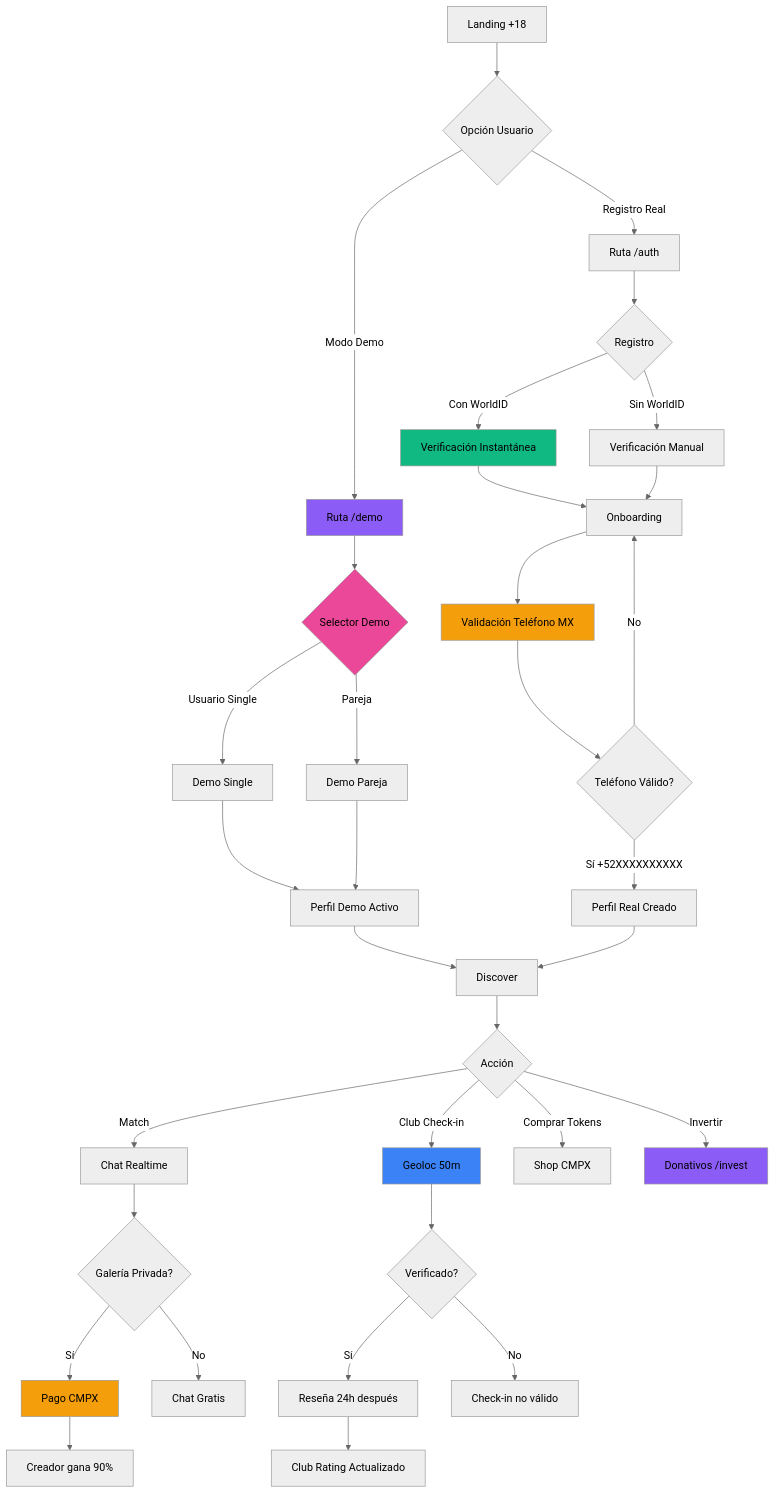
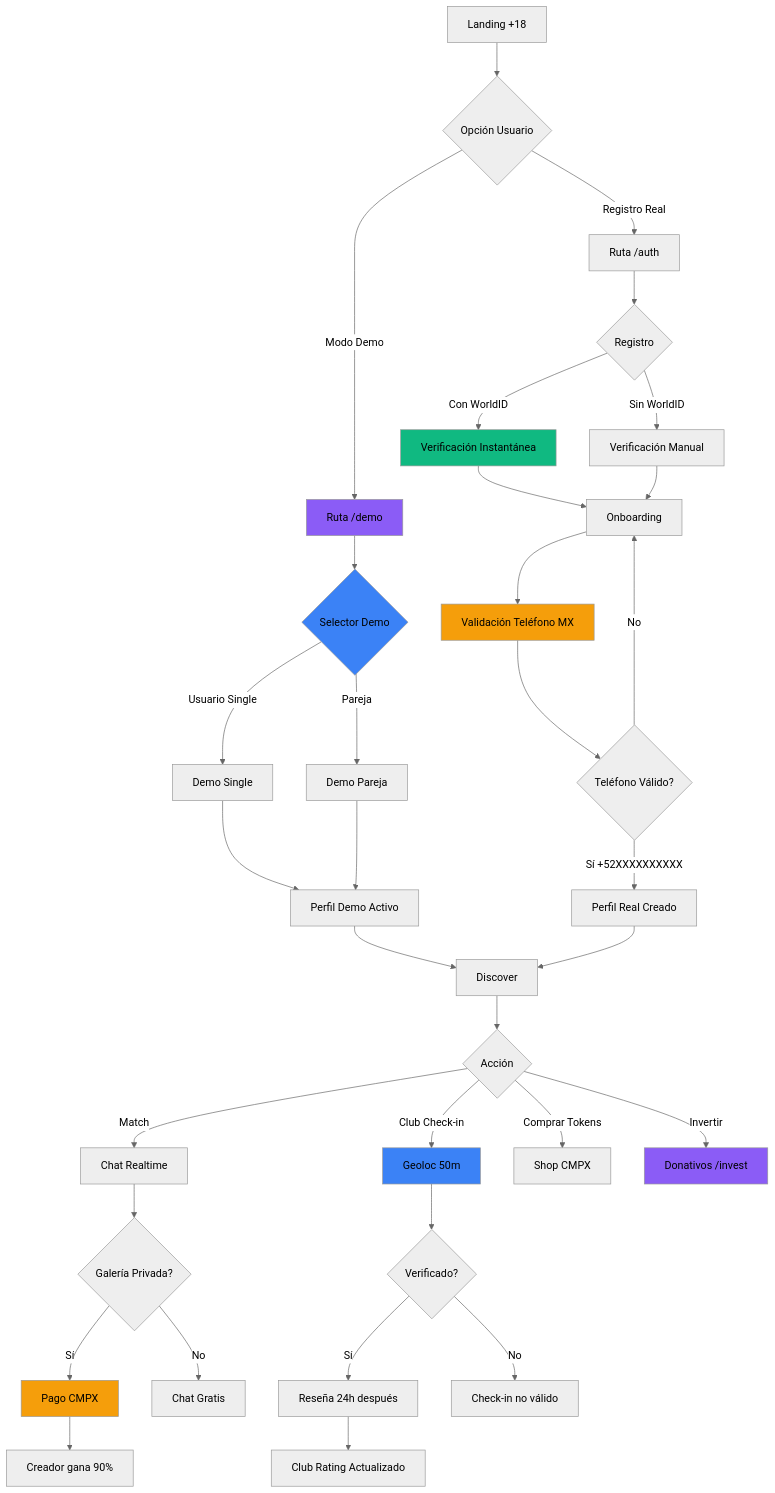
Before and after one commit to Complicessconecta/ComplicesConecta: the first of 13 diagrams in DIAGRAMAS_FLUJOS_v3.5.0.md, drawn with Mermaid (neutral theme). The commit also changed other lines of this file and 8 other files, not shown here.

````diff
--- a/DIAGRAMAS_FLUJOS_v3.5.0.md
+++ b/DIAGRAMAS_FLUJOS_v3.5.0.md
@@ -11,53 +11,53 @@
 ```mermaid
 flowchart TD
     A[Landing +18] --> B{Opción Usuario}
     B -->|Modo Demo| C[Ruta /demo]
     B -->|Registro Real| D[Ruta /auth]
     
     C --> E{Selector Demo}
     E -->|Usuario Single| F[Demo Single]
     E -->|Pareja| G[Demo Pareja]
     
     F --> H[Perfil Demo Activo]
     G --> H
     
     D --> I{Registro}
     I -->|Con WorldID| J[Verificación Instantánea]
     I -->|Sin WorldID| K[Verificación Manual]
     
     J --> L[Onboarding]
     K --> L
     
     L --> M[Validación Teléfono MX]
     M --> N{Teléfono Válido?}
     N -->|Sí +52XXXXXXXXXX| O[Perfil Real Creado]
     N -->|No| L
     
     H --> P[Discover]
     O --> P
     
     P --> Q{Acción}
     Q -->|Match| R[Chat Realtime]
     Q -->|Club Check-in| S[Geoloc 50m]
     Q -->|Comprar Tokens| T[Shop CMPX]
     Q -->|Invertir| U[Donativos /invest]
     
     S --> V{Verificado?}
     V -->|Sí| W[Reseña 24h después]
     V -->|No| X[Check-in no válido]
     
     R --> Y{Galería Privada?}
     Y -->|Sí| Z[Pago CMPX]
     Y -->|No| AA[Chat Gratis]
     
     Z --> AB[Creador gana 90%]
     W --> AC[Club Rating Actualizado]
     
     style C fill:#8b5cf6
-    style E fill:#ec4899
+    style E fill:#3b82f6
     style J fill:#10b981
     style M fill:#f59e0b
     style S fill:#3b82f6
     style Z fill:#f59e0b
     style U fill:#8b5cf6
 ```
````
